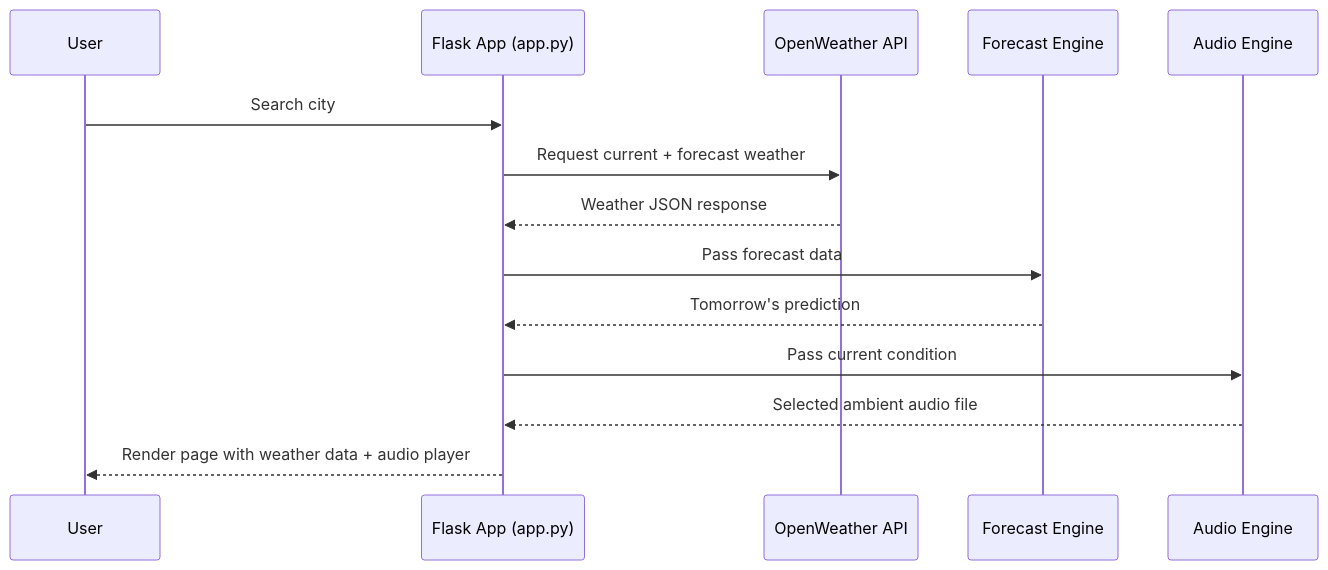
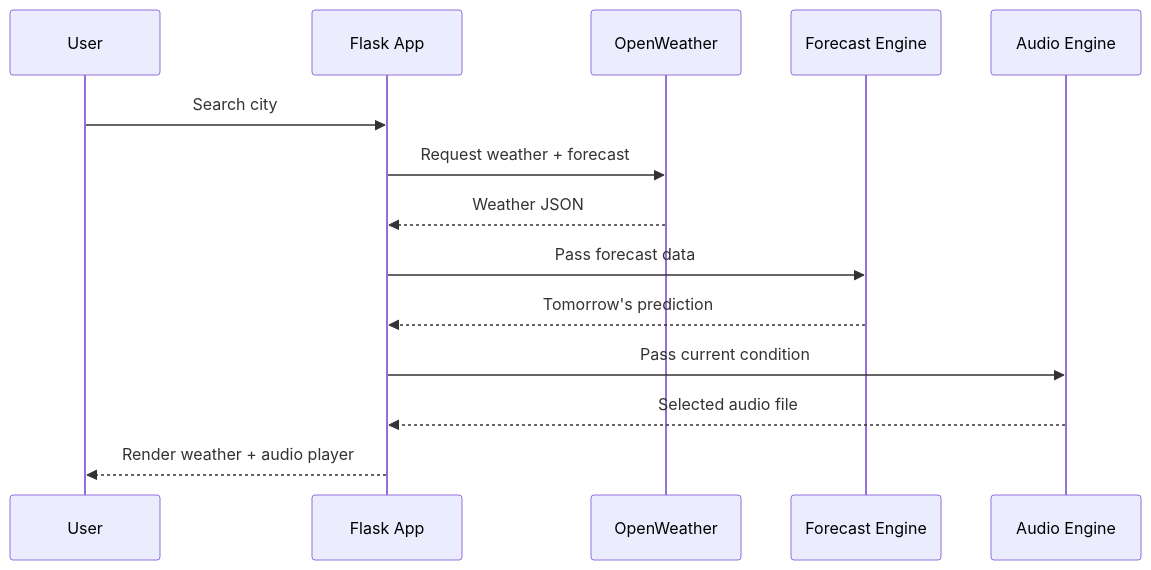
The second of 3 diagrams in README.md (Jayita-pro/AtmosCast_AI), drawn with Mermaid before and after one commit. The commit also changed other lines of this file, not shown here.

First line of the commit message:
Revise diagrams in README for better readability

````diff
--- a/README.md
+++ b/README.md
@@ -187,17 +187,17 @@
 ```mermaid
 sequenceDiagram
     participant U as User
-    participant F as Flask App (app.py)
-    participant W as OpenWeather API
+    participant F as Flask App
+    participant W as OpenWeather
     participant P as Forecast Engine
     participant A as Audio Engine
 
     U->>F: Search city
-    F->>W: Request current + forecast weather
-    W-->>F: Weather JSON response
+    F->>W: Request weather + forecast
+    W-->>F: Weather JSON
     F->>P: Pass forecast data
     P-->>F: Tomorrow's prediction
     F->>A: Pass current condition
-    A-->>F: Selected ambient audio file
-    F-->>U: Render page with weather data + audio player
+    A-->>F: Selected audio file
+    F-->>U: Render weather + audio player
 ```
````
